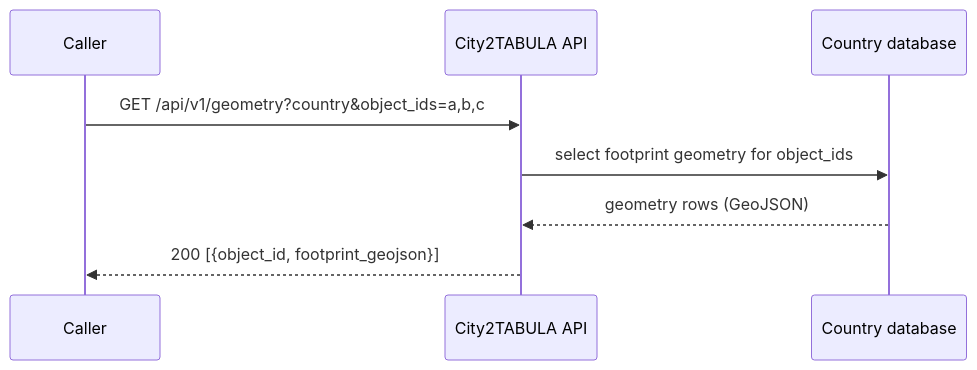
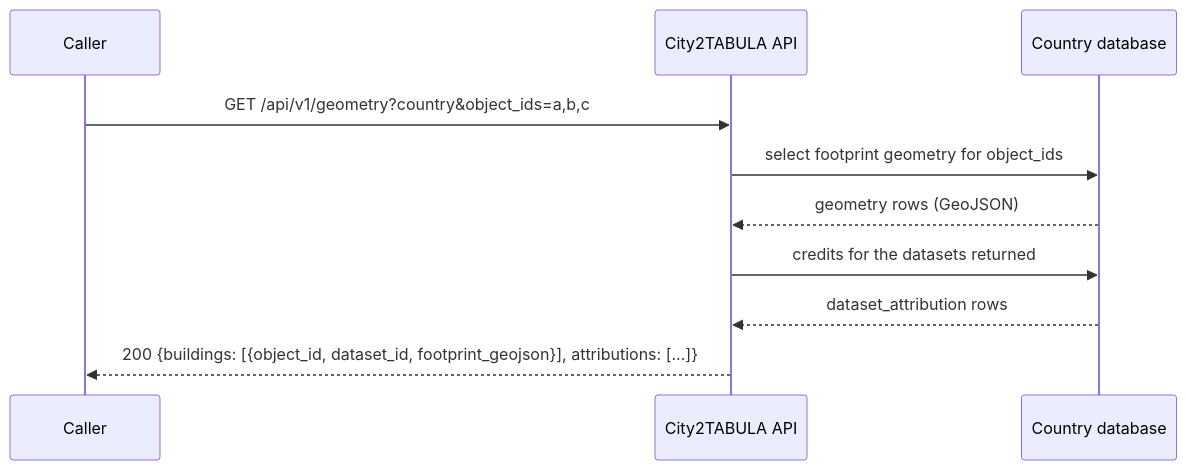
The fifth of 5 diagrams in docs/api.md (THD-Spatial-AI/city2tabula), drawn with Mermaid before and after one commit. The commit also changed other lines of this file and 9 other files, not shown here.

First line of the commit message:
feat: return dataset credits with buildings and geometry (#162)

````diff
--- a/docs/api.md
+++ b/docs/api.md
@@ -155,11 +160,13 @@
 ```mermaid
 sequenceDiagram
     participant C as Caller
     participant S as City2TABULA API
     participant DB as Country database
 
     C->>S: GET /api/v1/geometry?country&object_ids=a,b,c
     S->>DB: select footprint geometry for object_ids
     DB-->>S: geometry rows (GeoJSON)
-    S-->>C: 200 [{object_id, footprint_geojson}]
+    S->>DB: credits for the datasets returned
+    DB-->>S: dataset_attribution rows
+    S-->>C: 200 {buildings: [{object_id, dataset_id, footprint_geojson}], attributions: [...]}
 ```
````
